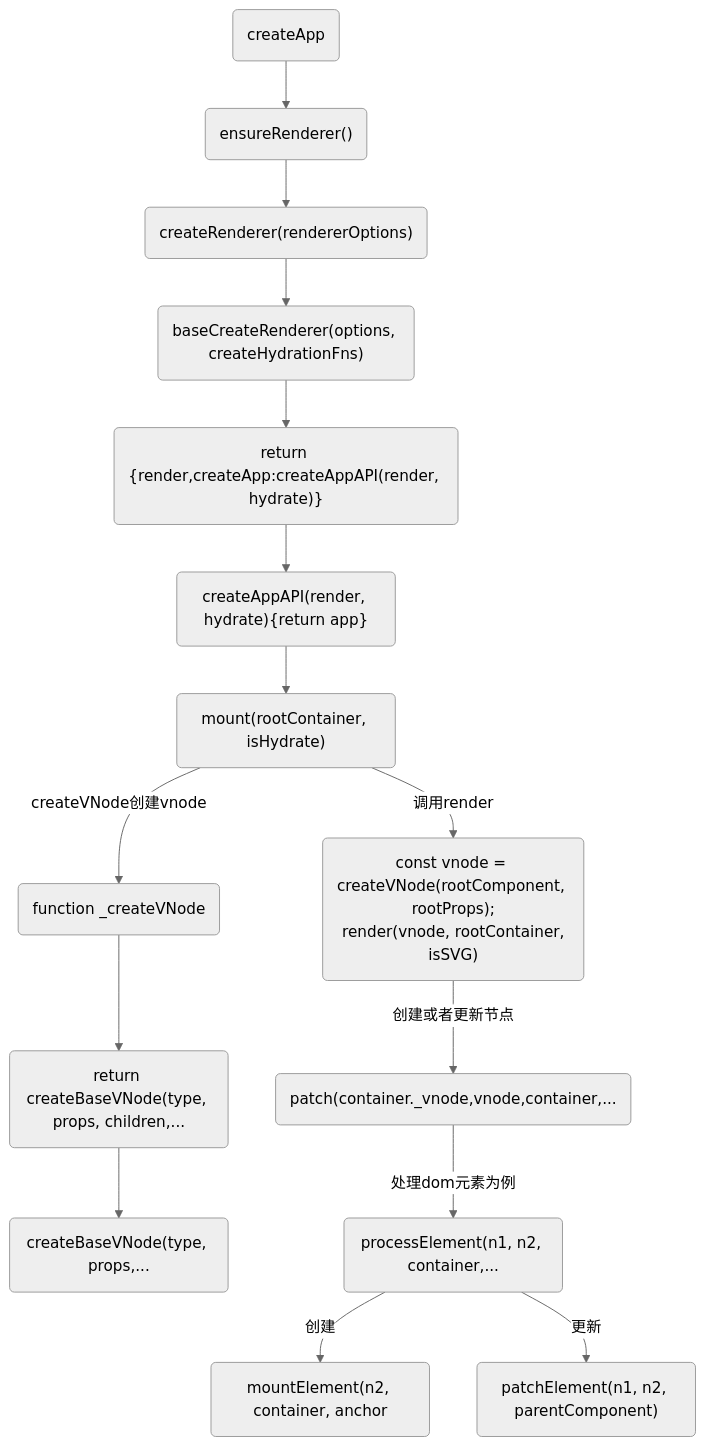
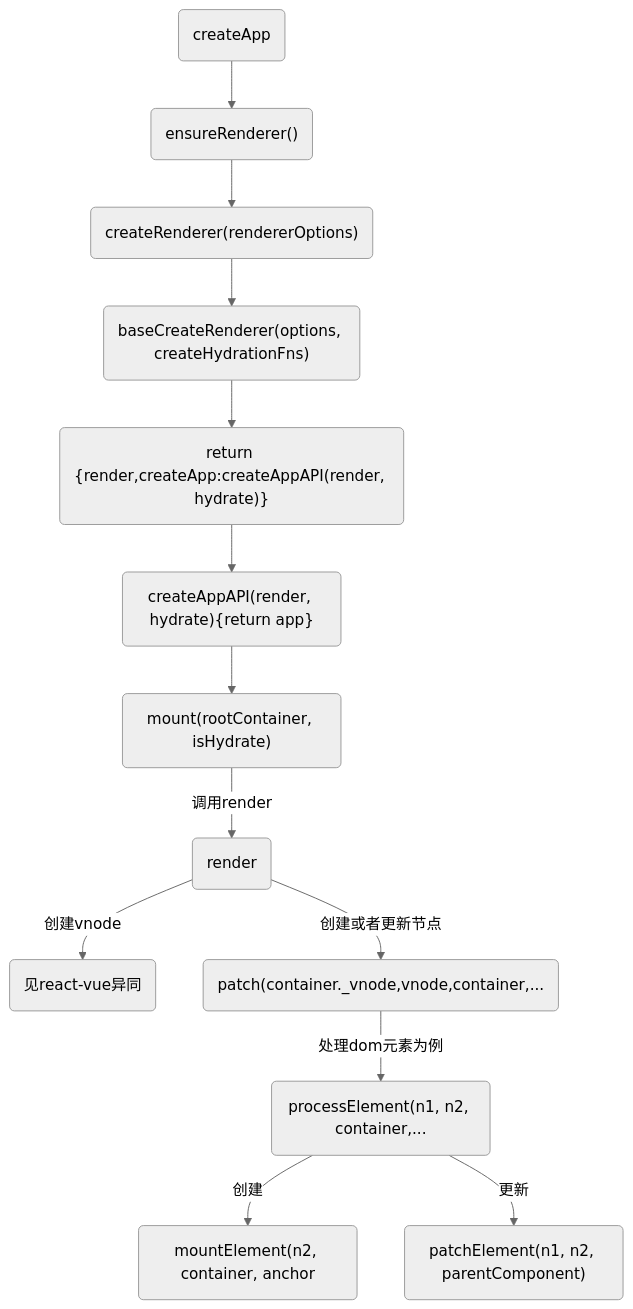
Before and after one commit to huiruo/programming-technology: the fourth of 7 diagrams in A-Vue/00-1-源码-baseCompile生成ast-静态提升-vnode-patch.md, drawn with Mermaid (neutral theme). The commit also changed other lines of this file and 28 other files, not shown here.

````diff
--- a/A-Vue/00-1-源码-baseCompile生成ast-静态提升-vnode-patch.md
+++ b/A-Vue/00-1-源码-baseCompile生成ast-静态提升-vnode-patch.md
@@ -42,21 +42,23 @@
 ```mermaid
 flowchart TD
 A1(createApp)-->A2("ensureRenderer()")-->a3("createRenderer(rendererOptions)")-->a4("baseCreateRenderer(options, createHydrationFns)")
 
 a4-->a6("return {render,createApp:createAppAPI(render, hydrate)}")
 
-a6-->a7("createAppAPI(render, hydrate){return app}")-->a8("mount(rootContainer, isHydrate)")--调用render-->a9("const vnode = createVNode(rootComponent, rootProps);<br> render(vnode, rootContainer, isSVG)")
+a6-->a7("createAppAPI(render, hydrate){return app}")-->a8("mount(rootContainer, isHydrate)")--调用render-->a9(render)
+
 
 %% createVNode
-a8--createVNode创建vnode-->b1("function _createVNode")-->b2("return createBaseVNode(type, props, children,...")
-
-b2-->b3("createBaseVNode(type, props,...")
+%% a9("const vnode = createVNode(rootComponent, rootProps);<br> render(vnode, rootContainer, isSVG)")
+a9--创建vnode-->b1("见react-vue异同")
+%% -->b2("return createBaseVNode(type, props, children,...")
+%% b2-->b3("createBaseVNode(type, props,...")
 
 %% render
 a9--创建或者更新节点-->b4("patch(container._vnode,vnode,container,...")
 
 %% 调用patch处理组件元素为例
 b4--处理dom元素为例-->b5("processElement(n1, n2, container,...")
 b5--创建-->b6("mountElement(n2, container, anchor")
 b5--更新-->b7("patchElement(n1, n2, parentComponent)")
 ```
````
